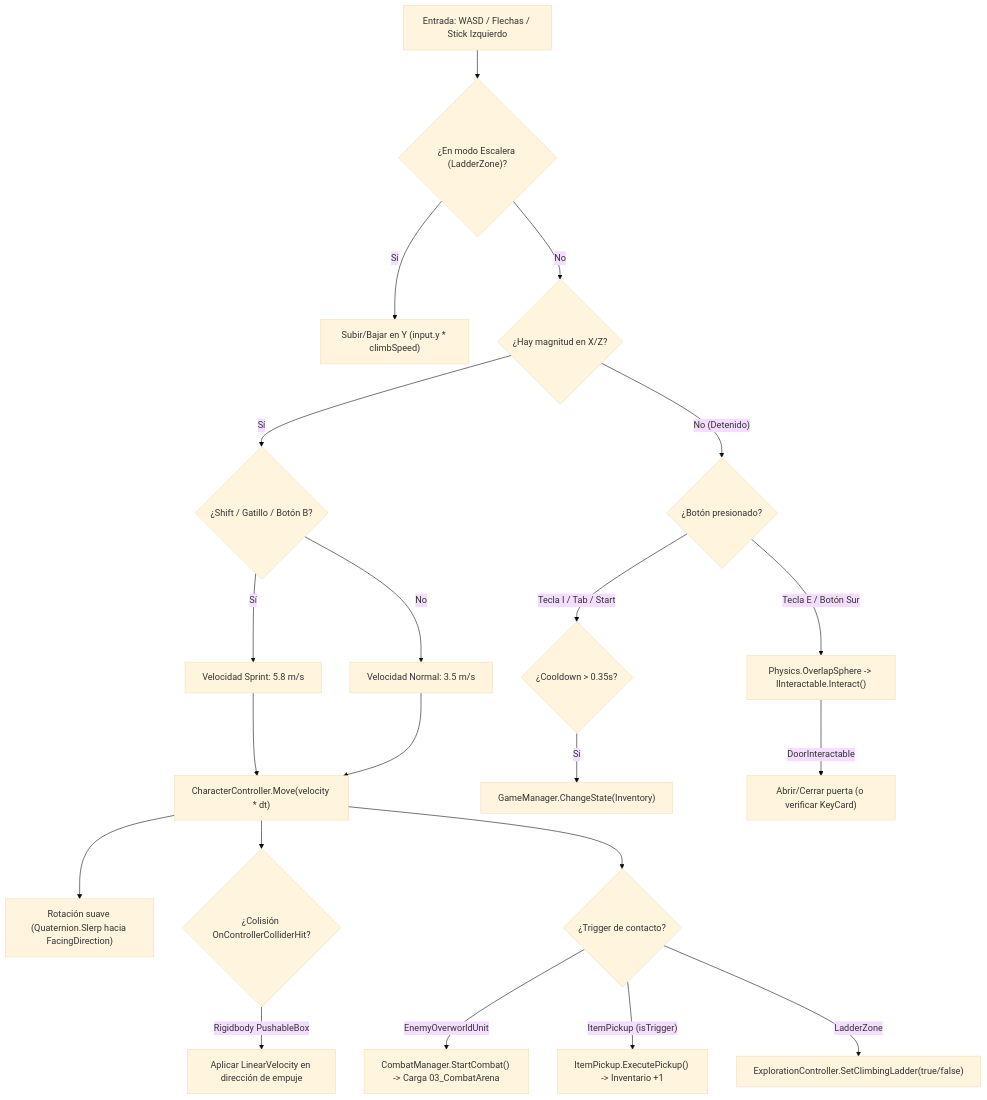
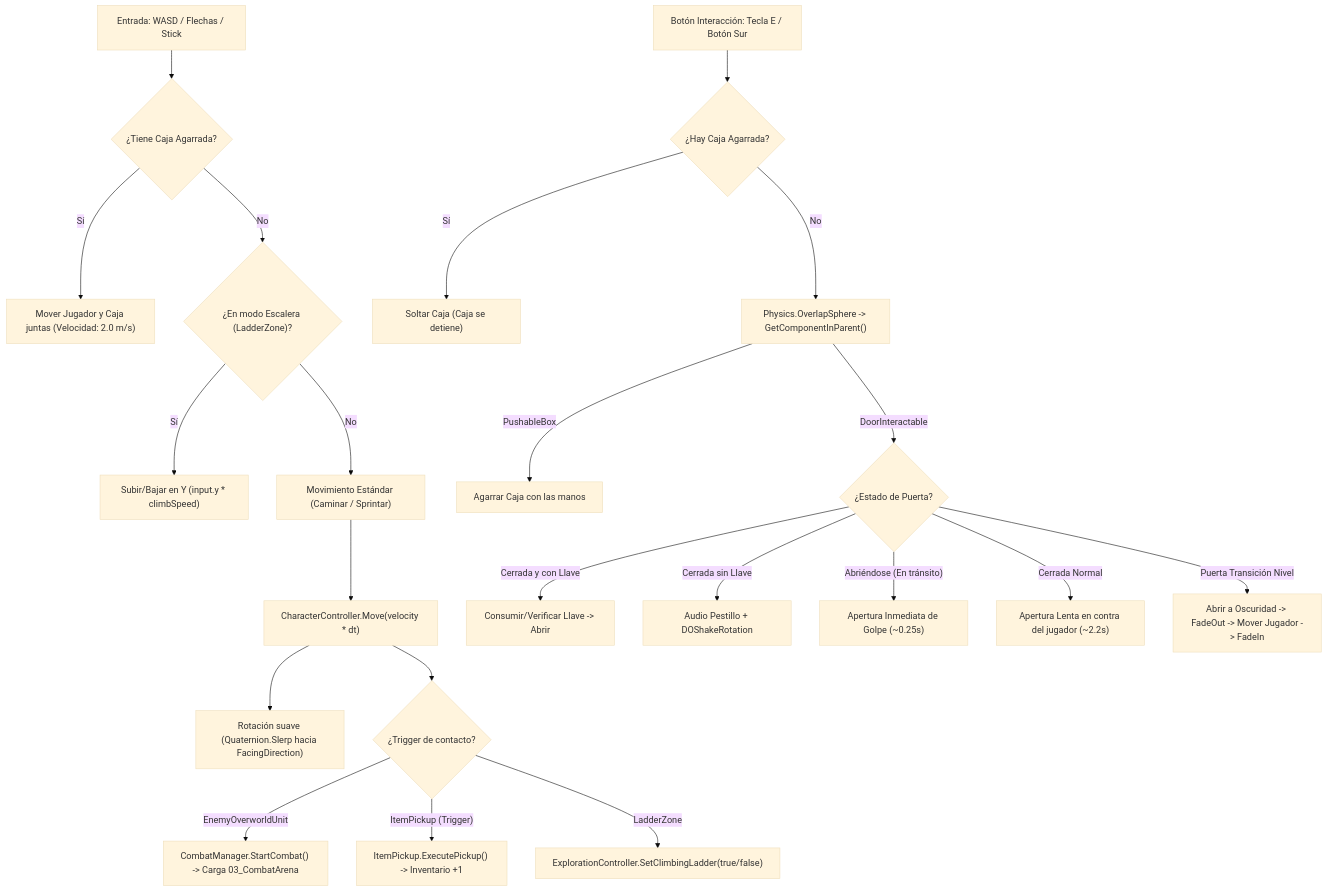
One commit to matichanx3x3/proyectoGaiden changed the diagram in Documentación/03 - Mecanicas Gaiden/03.1 - Sistema de Exploracion 2D (Exploration Controller, Grid, Room Transitions).md. Above: the diagram before and after it, drawn with Mermaid (base theme). The commit also changed other lines of this file and 408 other files, not shown here.

````diff
--- a/Documentación/03 - Mecanicas Gaiden/03.1 - Sistema de Exploracion 2D (Exploration Controller, Grid, Room Transitions).md
+++ b/Documentación/03 - Mecanicas Gaiden/03.1 - Sistema de Exploracion 2D (Exploration Controller, Grid, Room Transitions).md
@@ -28,29 +41,31 @@
 ```mermaid
 flowchart TD
-    Input["Entrada: WASD / Flechas / Stick Izquierdo"] --> LadderCheck{"¿En modo Escalera (LadderZone)?"}
+    Input["Entrada: WASD / Flechas / Stick"] --> GrabCheck{"¿Tiene Caja Agarrada?"}
+    
+    GrabCheck -- Sí --> MoveGrabbed["Mover Jugador y Caja juntas (Velocidad: 2.0 m/s)"]
+    GrabCheck -- No --> LadderCheck{"¿En modo Escalera (LadderZone)?"}
     
     LadderCheck -- Sí --> Climb["Subir/Bajar en Y (input.y * climbSpeed)"]
-    LadderCheck -- No --> MoveCheck{"¿Hay magnitud en X/Z?"}
+    LadderCheck -- No --> MoveFree["Movimiento Estándar (Caminar / Sprintar)"]
     
-    MoveCheck -- Sí --> SprintCheck{"¿Shift / Gatillo / Botón B?"}
-    SprintCheck -- Sí --> Run["Velocidad Sprint: 5.8 m/s"]
-    SprintCheck -- No --> Walk["Velocidad Normal: 3.5 m/s"]
+    MoveFree --> MovePlayer["CharacterController.Move(velocity * dt)"]
+    MovePlayer --> LookAtDir["Rotación suave (Quaternion.Slerp hacia FacingDirection)"]
+    MovePlayer --> TriggerContact{"¿Trigger de contacto?"}
     
-    Run --> MovePlayer["CharacterController.Move(velocity * dt)"]
-    Walk --> MovePlayer
+    TriggerContact -- EnemyOverworldUnit --> StartCombat["CombatManager.StartCombat() -> Carga 03_CombatArena"]
+    TriggerContact -- ItemPickup (Trigger) --> PickItem["ItemPickup.ExecutePickup() -> Inventario +1"]
+    TriggerContact -- LadderZone --> ToggleLadder["ExplorationController.SetClimbingLadder(true/false)"]
     
-    MovePlayer --> LookAtDir["Rotación suave (Quaternion.Slerp hacia FacingDirection)"]
-    MovePlayer --> CollisionHit{"¿Colisión OnControllerColliderHit?"}
-    CollisionHit -- Rigidbody PushableBox --> PushBox["Aplicar LinearVelocity en dirección de empuje"]
+    ActionBtn["Botón Interacción: Tecla E / Botón Sur"] --> ActiveGrab{"¿Hay Caja Agarrada?"}
+    ActiveGrab -- Sí --> ReleaseBox["Soltar Caja (Caja se detiene)"]
+    ActiveGrab -- No --> OverlapCheck["Physics.OverlapSphere -> GetComponentInParent<IInteractable>()"]
     
-    MovePlayer --> TriggerCheck{"¿Trigger de contacto?"}
-    TriggerCheck -- EnemyOverworldUnit --> StartCombat["CombatManager.StartCombat() -> Carga 03_CombatArena"]
-    TriggerCheck -- ItemPickup (isTrigger) --> PickItem["ItemPickup.ExecutePickup() -> Inventario +1"]
-    TriggerCheck -- LadderZone --> ToggleLadder["ExplorationController.SetClimbingLadder(true/false)"]
+    OverlapCheck -- PushableBox --> StartGrab["Agarrar Caja con las manos"]
+    OverlapCheck -- DoorInteractable --> DoorLogic{"¿Estado de Puerta?"}
     
-    MoveCheck -- No (Detenido) --> ActionCheck{"¿Botón presionado?"}
-    ActionCheck -- Tecla I / Tab / Start --> DebounceCheck{"¿Cooldown > 0.35s?"}
-    DebounceCheck -- Sí --> OpenInv["GameManager.ChangeState(Inventory)"]
-    ActionCheck -- Tecla E / Botón Sur --> OverlapCheck["Physics.OverlapSphere -> IInteractable.Interact()"]
-    OverlapCheck -- DoorInteractable --> ToggleDoor["Abrir/Cerrar puerta (o verificar KeyCard)"]
+    DoorLogic -- "Cerrada y con Llave" --> UnlockDoor["Consumir/Verificar Llave -> Abrir"]
+    DoorLogic -- "Cerrada sin Llave" --> ShakeDoor["Audio Pestillo + DOShakeRotation"]
+    DoorLogic -- "Abriéndose (En tránsito)" --> BurstOpen["Apertura Inmediata de Golpe (~0.25s)"]
+    DoorLogic -- "Cerrada Normal" --> SlowOpen["Apertura Lenta en contra del jugador (~2.2s)"]
+    DoorLogic -- "Puerta Transición Nivel" --> FadeSequence["Abrir a Oscuridad -> FadeOut -> Mover Jugador -> FadeIn"]
 ```
````
